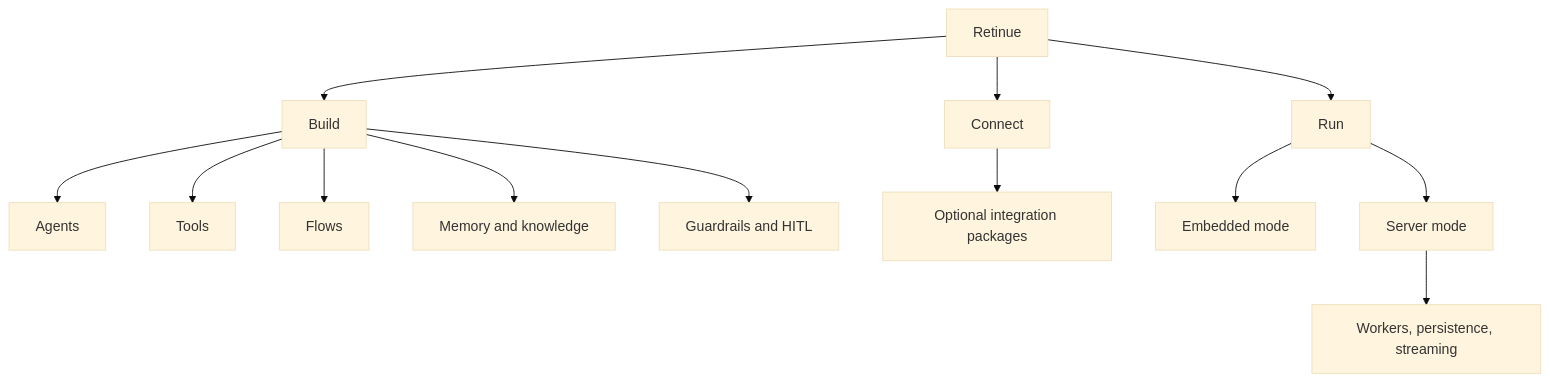
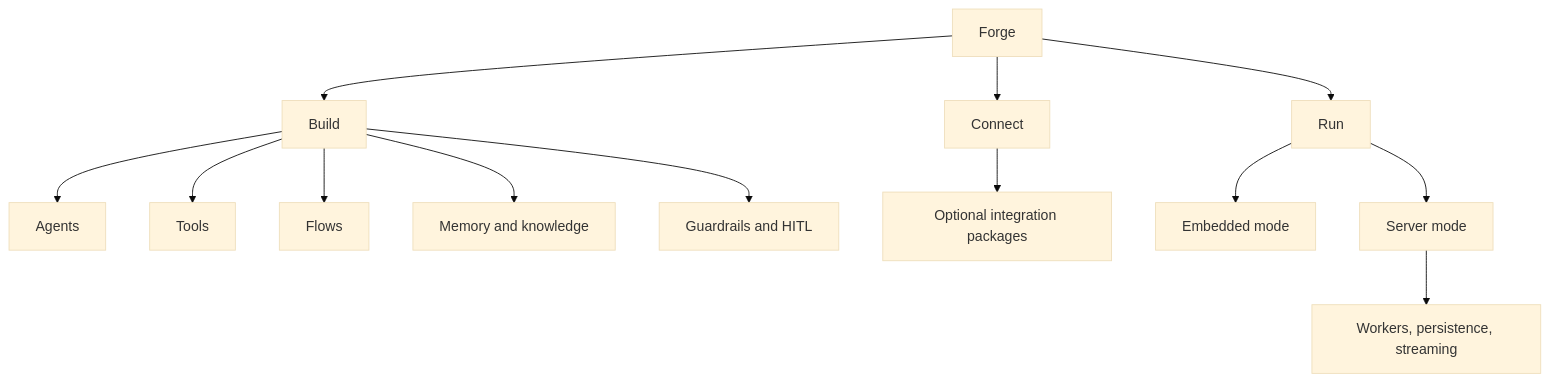
One commit to Rise-Experts/Forge changed the diagram in website/content/getting-started/mental-model.md. Above: the diagram before and after it, drawn with Mermaid (base theme). The commit also changed other lines of this file and 399 other files, not shown here.

````diff
--- a/website/content/getting-started/mental-model.md
+++ b/website/content/getting-started/mental-model.md
@@ -11,15 +11,15 @@
 ```mermaid
 flowchart TD
-  R[Retinue] --> B[Build]
+  R[Forge] --> B[Build]
   R --> C[Connect]
   R --> X[Run]
   B --> A[Agents]
   B --> T[Tools]
   B --> F[Flows]
   B --> M[Memory and knowledge]
   B --> H[Guardrails and HITL]
   C --> I[Optional integration packages]
   X --> E[Embedded mode]
   X --> S[Server mode]
   S --> W[Workers, persistence, streaming]
 ```
````
